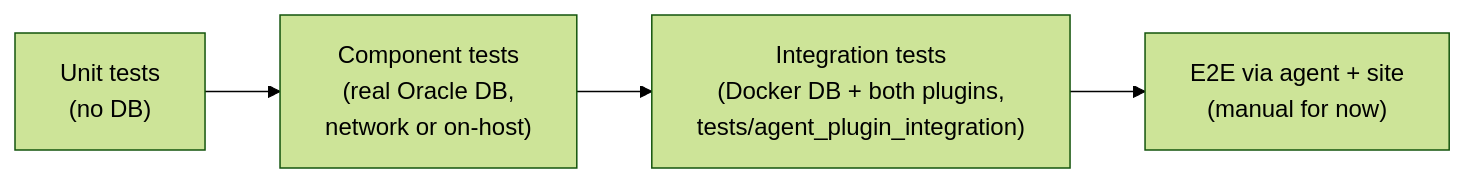
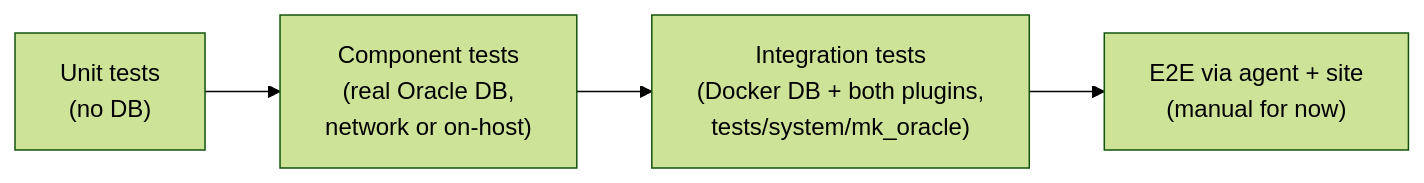
Before and after one commit to Checkmk/checkmk: the diagram in packages/mk-oracle/tests/README.md, drawn with Mermaid (forest theme). The commit also changed other lines of this file and 591 other files, not shown here.

First line of the commit message:
tests architecture: move tests to system/

````diff
--- a/packages/mk-oracle/tests/README.md
+++ b/packages/mk-oracle/tests/README.md
@@ -16,6 +16,6 @@
 ```mermaid
 flowchart LR
     U["Unit tests<br/>(no DB)"] --> C["Component tests<br/>(real Oracle DB,<br/>network or on-host)"]
-    C --> I["Integration tests<br/>(Docker DB + both plugins,<br/>tests/agent_plugin_integration)"]
+    C --> I["Integration tests<br/>(Docker DB + both plugins,<br/>tests/system/mk_oracle)"]
     I --> E["E2E via agent + site<br/>(manual for now)"]
 ```
````
